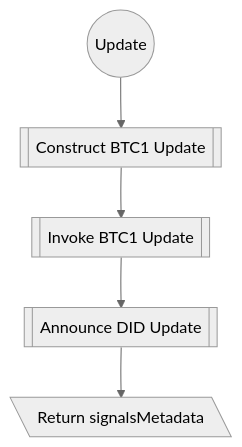
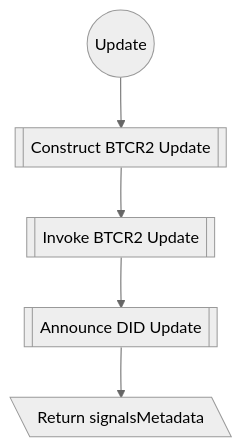
One commit to jintekc/website-btcr2-dev changed the sixth of 9 diagrams in docs/diagrams.md. Above: the diagram before and after it, drawn with Mermaid (neutral theme). The commit also changed other lines of this file and 20 other files, not shown here.

````diff
--- a/docs/diagrams.md
+++ b/docs/diagrams.md
@@ -206,7 +206,7 @@
 ```mermaid
 flowchart TD
-    Start@{shape: circle, label: Update} --> ConstructUpdate@{shape: subproc, label: Construct BTC1 Update}
-    ConstructUpdate --> InvokeUpdate@{shape: subproc, label: Invoke BTC1 Update}
+    Start@{shape: circle, label: Update} --> ConstructUpdate@{shape: subproc, label: Construct BTCR2 Update}
+    ConstructUpdate --> InvokeUpdate@{shape: subproc, label: Invoke BTCR2 Update}
     InvokeUpdate --> AnnounceUpdate@{shape: subproc, label: Announce DID Update}
     AnnounceUpdate --> End@{shape: lean-l, label: Return signalsMetadata}
 ```
````
